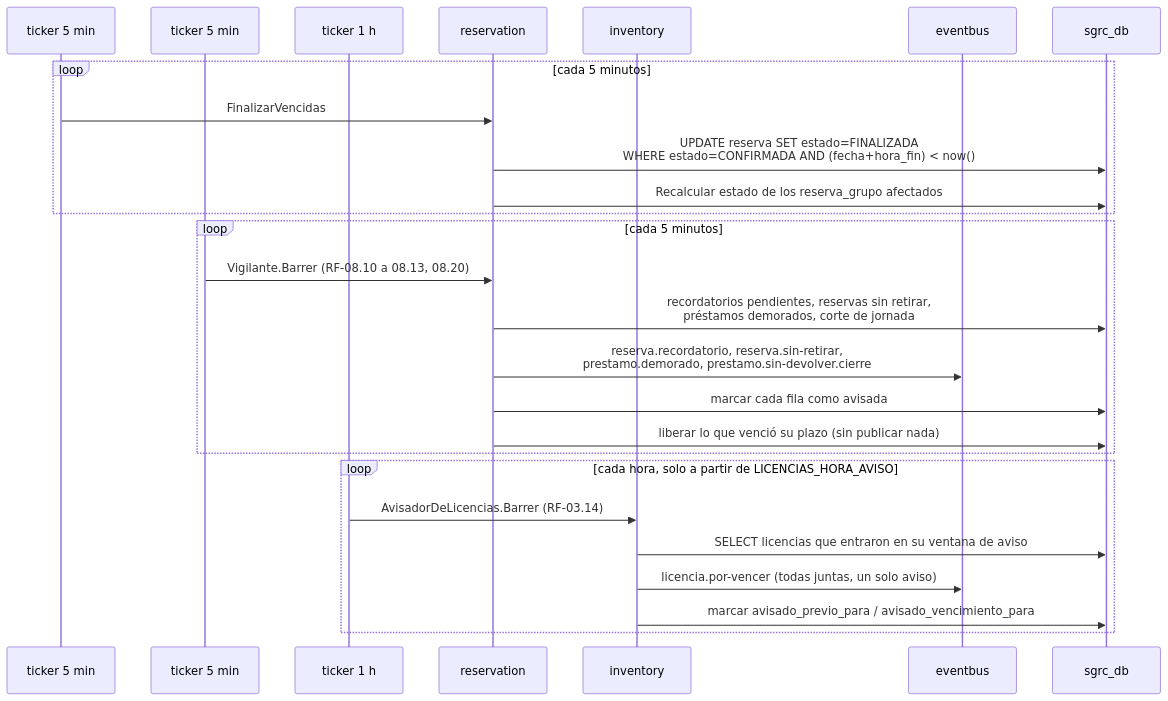
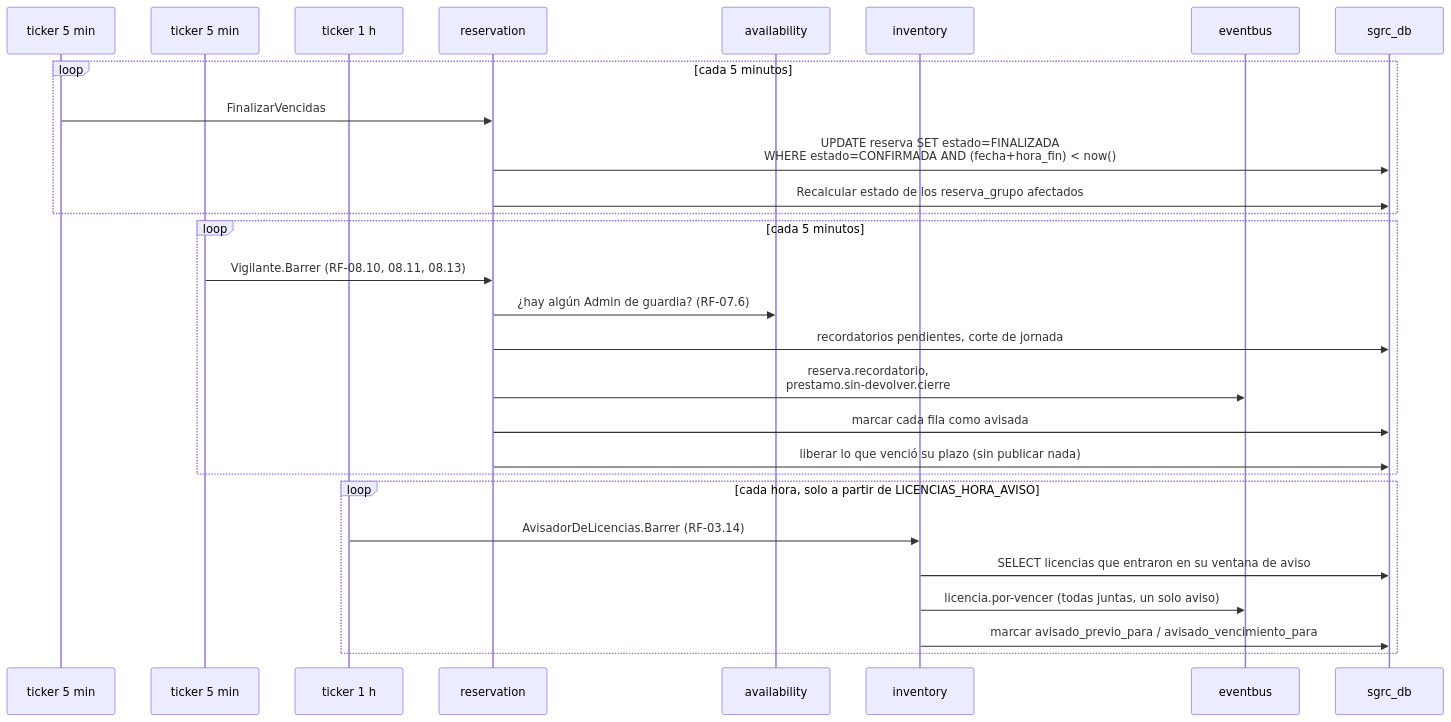
One commit to agustin-y2k/sgrc changed diagram 13 of 14 in docs/04-diagramas-secuencia.md. Above: the diagram before and after it, drawn with Mermaid. The commit also changed other lines of this file and 122 other files, not shown here.

````diff
--- a/docs/04-diagramas-secuencia.md
+++ b/docs/04-diagramas-secuencia.md
@@ -422,31 +422,33 @@
 ```mermaid
 sequenceDiagram
     participant T1 as ticker 5 min
     participant T2 as ticker 5 min
     participant T3 as ticker 1 h
     participant RES as reservation
+    participant AV as availability
     participant INV as inventory
     participant EB as eventbus
     participant DB as sgrc_db
 
     loop cada 5 minutos
         T1->>RES: FinalizarVencidas
         RES->>DB: UPDATE reserva SET estado=FINALIZADA<br/>WHERE estado=CONFIRMADA AND (fecha+hora_fin) < now()
         RES->>DB: Recalcular estado de los reserva_grupo afectados
     end
 
     loop cada 5 minutos
-        T2->>RES: Vigilante.Barrer (RF-08.10 a 08.13, 08.20)
-        RES->>DB: recordatorios pendientes, reservas sin retirar,<br/>préstamos demorados, corte de jornada
-        RES->>EB: reserva.recordatorio, reserva.sin-retirar,<br/>prestamo.demorado, prestamo.sin-devolver.cierre
+        T2->>RES: Vigilante.Barrer (RF-08.10, 08.11, 08.13)
+        RES->>AV: ¿hay algún Admin de guardia? (RF-07.6)
+        RES->>DB: recordatorios pendientes, corte de jornada
+        RES->>EB: reserva.recordatorio,<br/>prestamo.sin-devolver.cierre
         RES->>DB: marcar cada fila como avisada
         RES->>DB: liberar lo que venció su plazo (sin publicar nada)
     end
 
     loop cada hora, solo a partir de LICENCIAS_HORA_AVISO
         T3->>INV: AvisadorDeLicencias.Barrer (RF-03.14)
         INV->>DB: SELECT licencias que entraron en su ventana de aviso
         INV->>EB: licencia.por-vencer (todas juntas, un solo aviso)
         INV->>DB: marcar avisado_previo_para / avisado_vencimiento_para
     end
 ```
````
